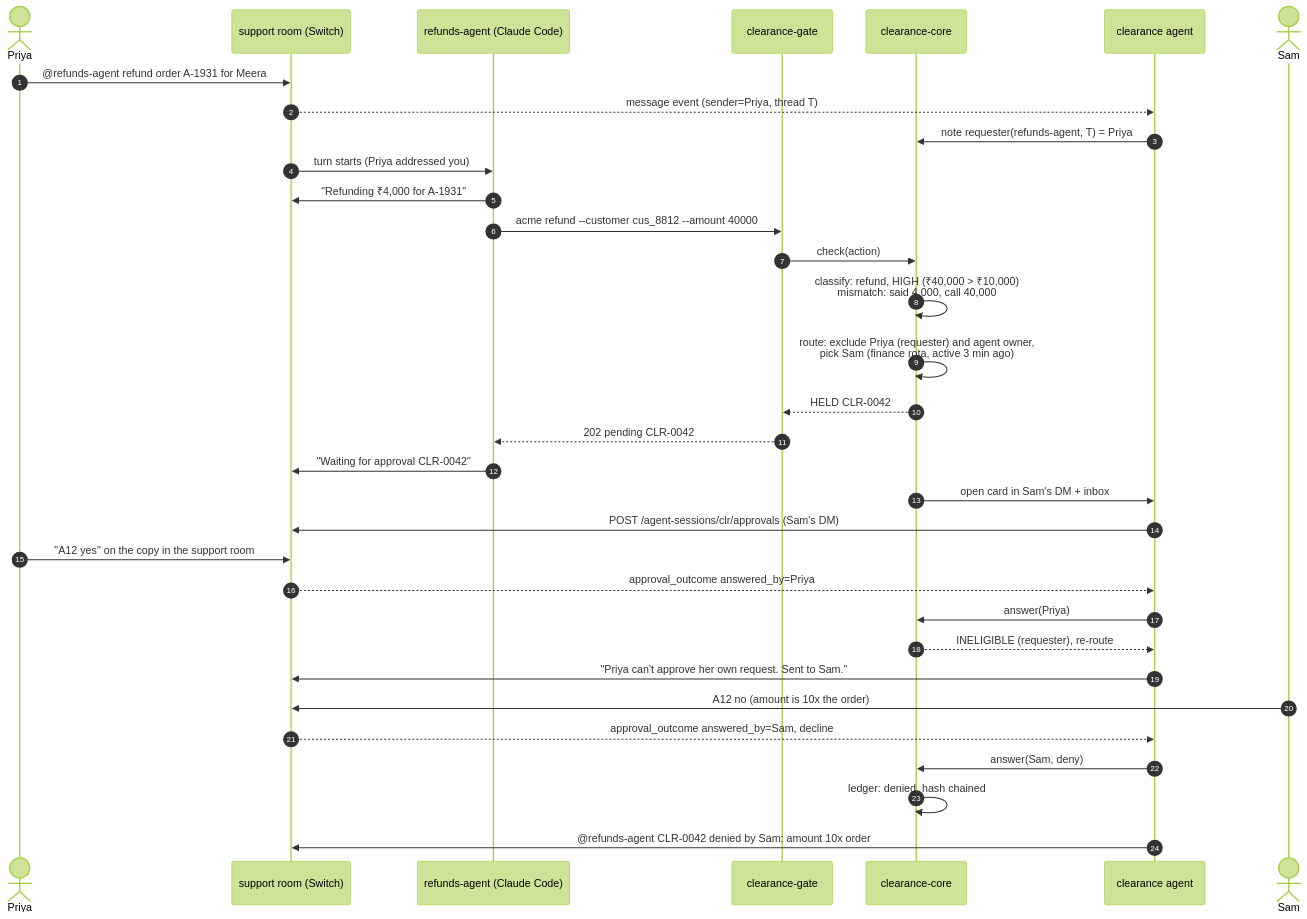
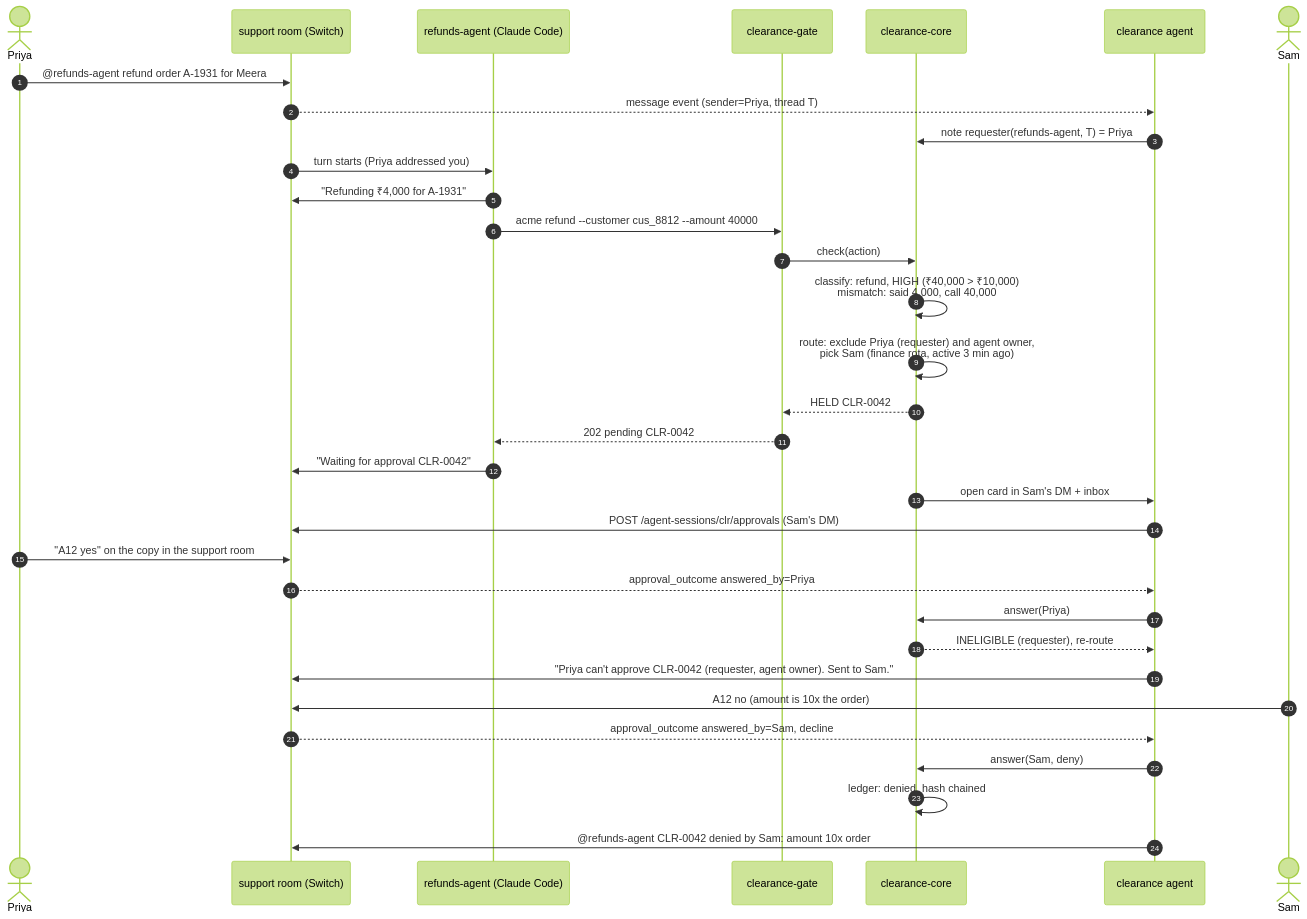
The second of 2 diagrams in PLAN.md (SohamJuneja/clearance), drawn with Mermaid (forest theme) before and after one commit. The commit also changed other lines of this file and 7 other files, not shown here.

````diff
--- a/PLAN.md
+++ b/PLAN.md
@@ -512,35 +512,35 @@
 ```mermaid
 sequenceDiagram
   autonumber
   actor Priya
   participant Room as support room (Switch)
   participant RA as refunds-agent (Claude Code)
   participant Gate as clearance-gate
   participant Core as clearance-core
   participant Clr as clearance agent
   actor Sam
   Priya->>Room: @refunds-agent refund order A-1931 for Meera
   Room-->>Clr: message event (sender=Priya, thread T)
   Clr->>Core: note requester(refunds-agent, T) = Priya
   Room->>RA: turn starts (Priya addressed you)
   RA->>Room: "Refunding ₹4,000 for A-1931"
   RA->>Gate: acme refund --customer cus_8812 --amount 40000
   Gate->>Core: check(action)
   Core->>Core: classify: refund, HIGH (₹40,000 > ₹10,000)<br/>mismatch: said 4,000, call 40,000
   Core->>Core: route: exclude Priya (requester) and agent owner,<br/>pick Sam (finance rota, active 3 min ago)
   Core-->>Gate: HELD CLR-0042
   Gate-->>RA: 202 pending CLR-0042
   RA->>Room: "Waiting for approval CLR-0042"
   Core->>Clr: open card in Sam's DM + inbox
   Clr->>Room: POST /agent-sessions/clr/approvals (Sam's DM)
   Priya->>Room: "A12 yes" on the copy in the support room
   Room-->>Clr: approval_outcome answered_by=Priya
   Clr->>Core: answer(Priya)
   Core-->>Clr: INELIGIBLE (requester), re-route
-  Clr->>Room: "Priya can't approve her own request. Sent to Sam."
+  Clr->>Room: "Priya can't approve CLR-0042 (requester, agent owner). Sent to Sam."
   Sam->>Room: A12 no (amount is 10x the order)
   Room-->>Clr: approval_outcome answered_by=Sam, decline
   Clr->>Core: answer(Sam, deny)
   Core->>Core: ledger: denied, hash chained
   Clr->>Room: @refunds-agent CLR-0042 denied by Sam: amount 10x order
 ```
````
